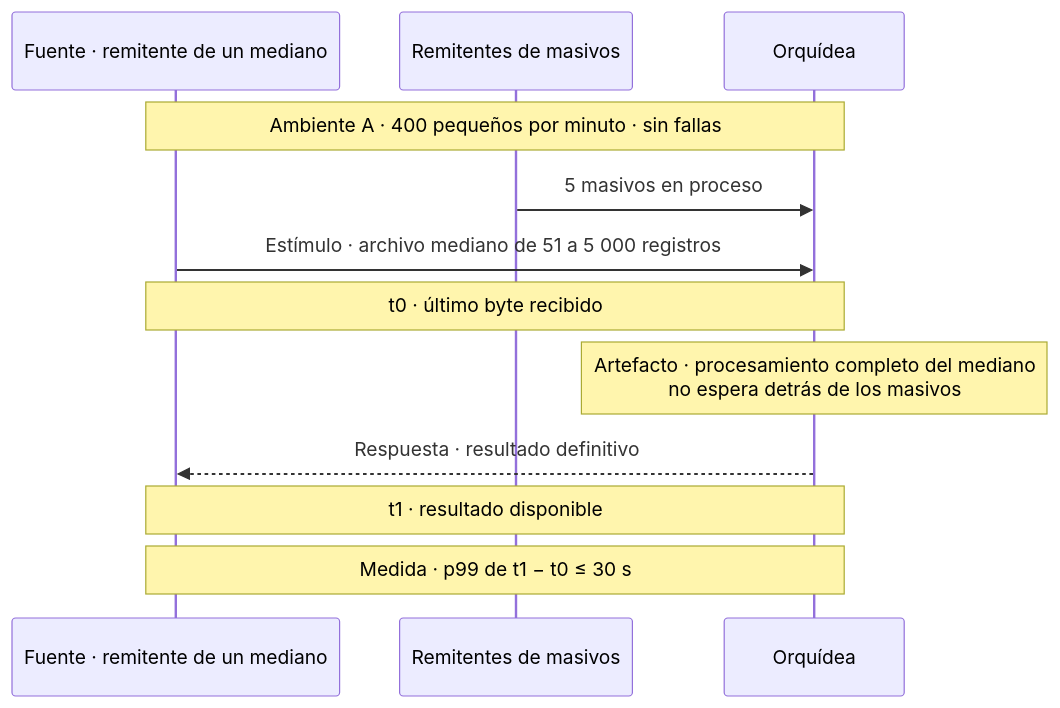
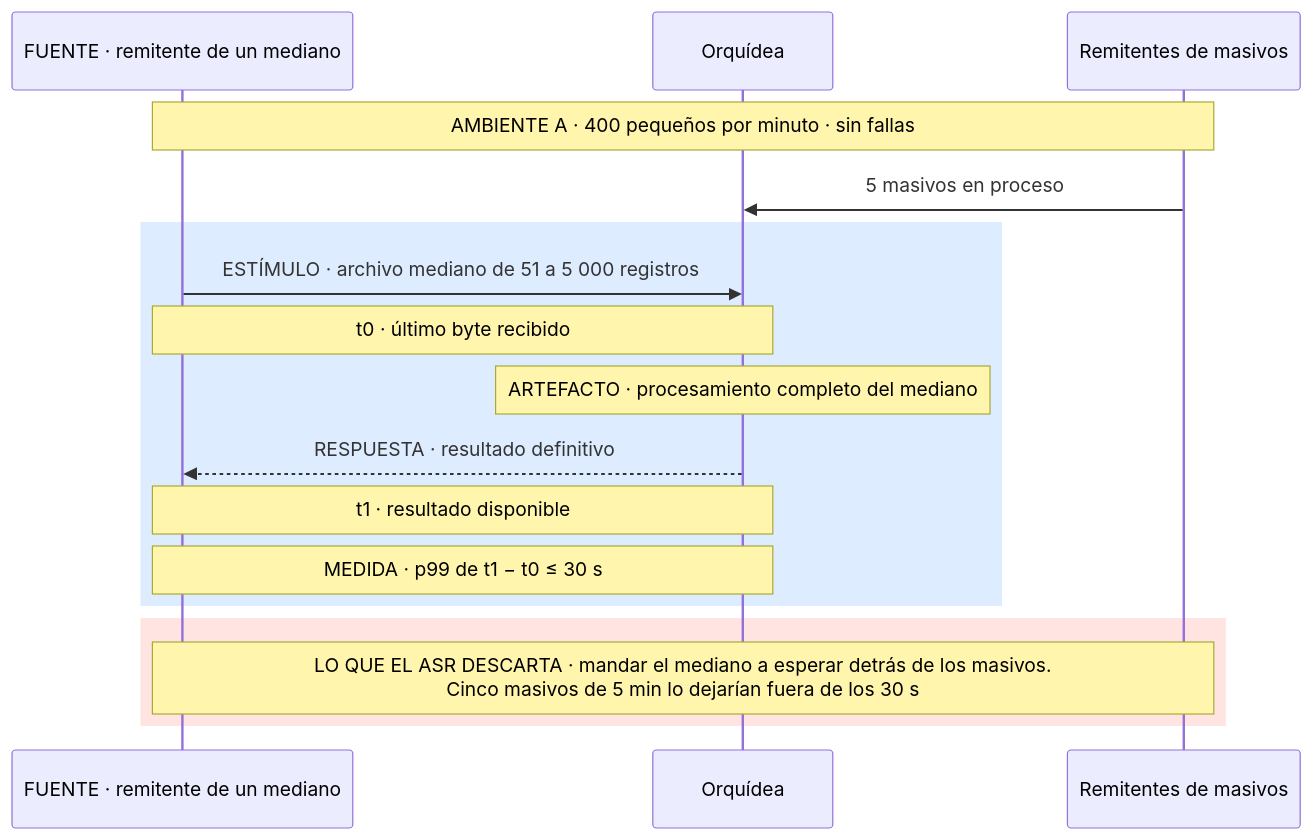
Before and after one commit to MATI-MBIT/arqsoft-reto-4: diagram 14 of 17 in docs/quality-attributes.md, drawn with Mermaid. The commit also changed other lines of this file, not shown here.

Commit message:
Rediseña los diagramas de los ASR: banda de lo medido y banda de lo que el ASR descarta

````diff
--- a/docs/quality-attributes.md
+++ b/docs/quality-attributes.md
@@ -538,14 +611,19 @@
 ```mermaid
 sequenceDiagram
-    participant P as Fuente · remitente de un mediano
+    participant P as FUENTE · remitente de un mediano
+    participant O as Orquídea
     participant M as Remitentes de masivos
-    participant O as Orquídea
-    Note over P,O: Ambiente A · 400 pequeños por minuto · sin fallas
+    Note over P,M: AMBIENTE A · 400 pequeños por minuto · sin fallas
     M->>O: 5 masivos en proceso
-    P->>O: Estímulo · archivo mediano de 51 a 5 000 registros
+    rect rgb(222, 236, 255)
+    P->>O: ESTÍMULO · archivo mediano de 51 a 5 000 registros
     Note over P,O: t0 · último byte recibido
-    Note over O: Artefacto · procesamiento completo del mediano<br/>no espera detrás de los masivos
-    O-->>P: Respuesta · resultado definitivo
+    Note over O: ARTEFACTO · procesamiento completo del mediano
+    O-->>P: RESPUESTA · resultado definitivo
     Note over P,O: t1 · resultado disponible
-    Note over P,O: Medida · p99 de t1 − t0 ≤ 30 s
+    Note over P,O: MEDIDA · p99 de t1 − t0 ≤ 30 s
+    end
+    rect rgb(255, 228, 225)
+    Note over P,M: LO QUE EL ASR DESCARTA · mandar el mediano a esperar detrás de los masivos.<br/>Cinco masivos de 5 min lo dejarían fuera de los 30 s
+    end
 ```
````
